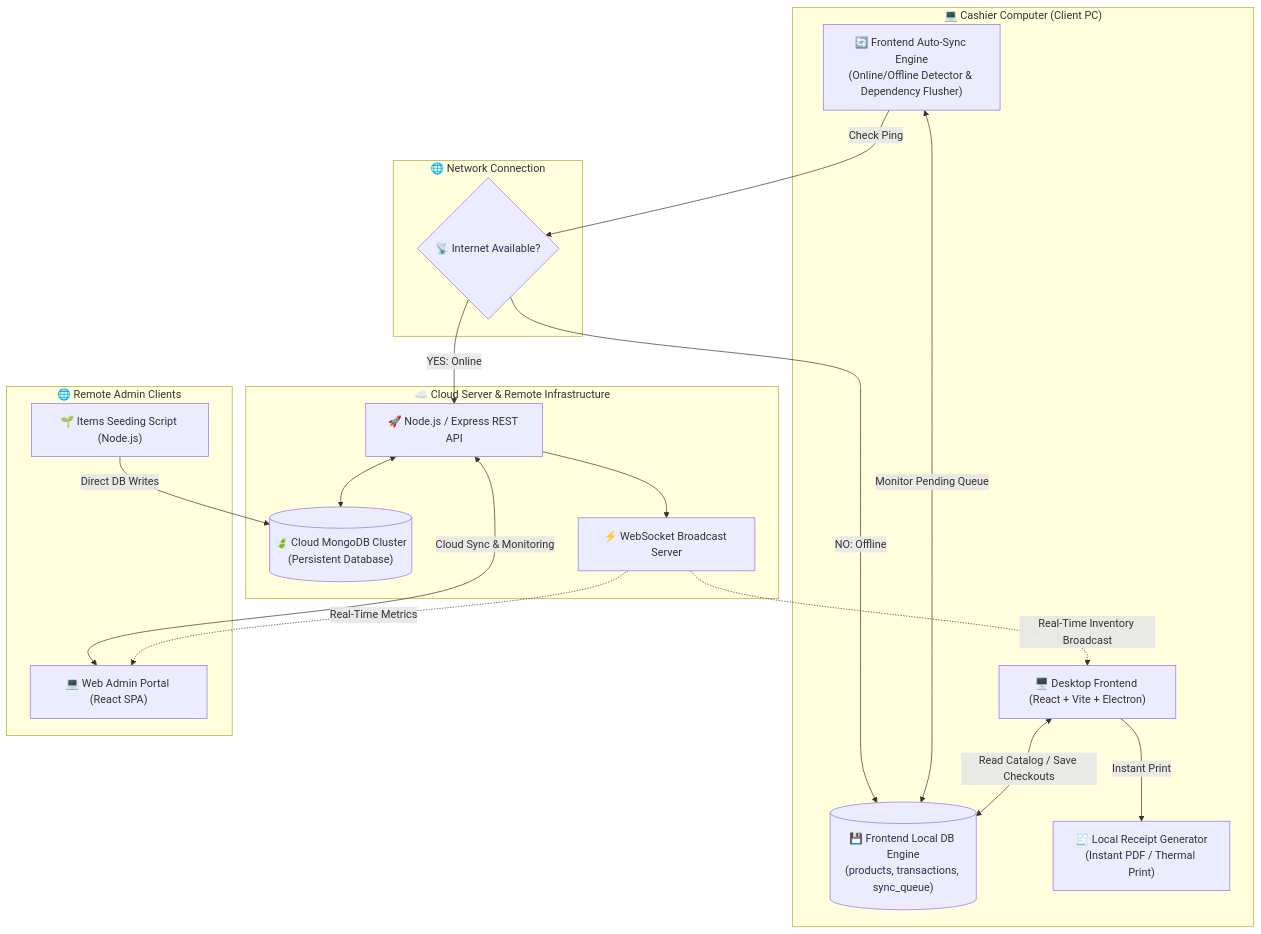
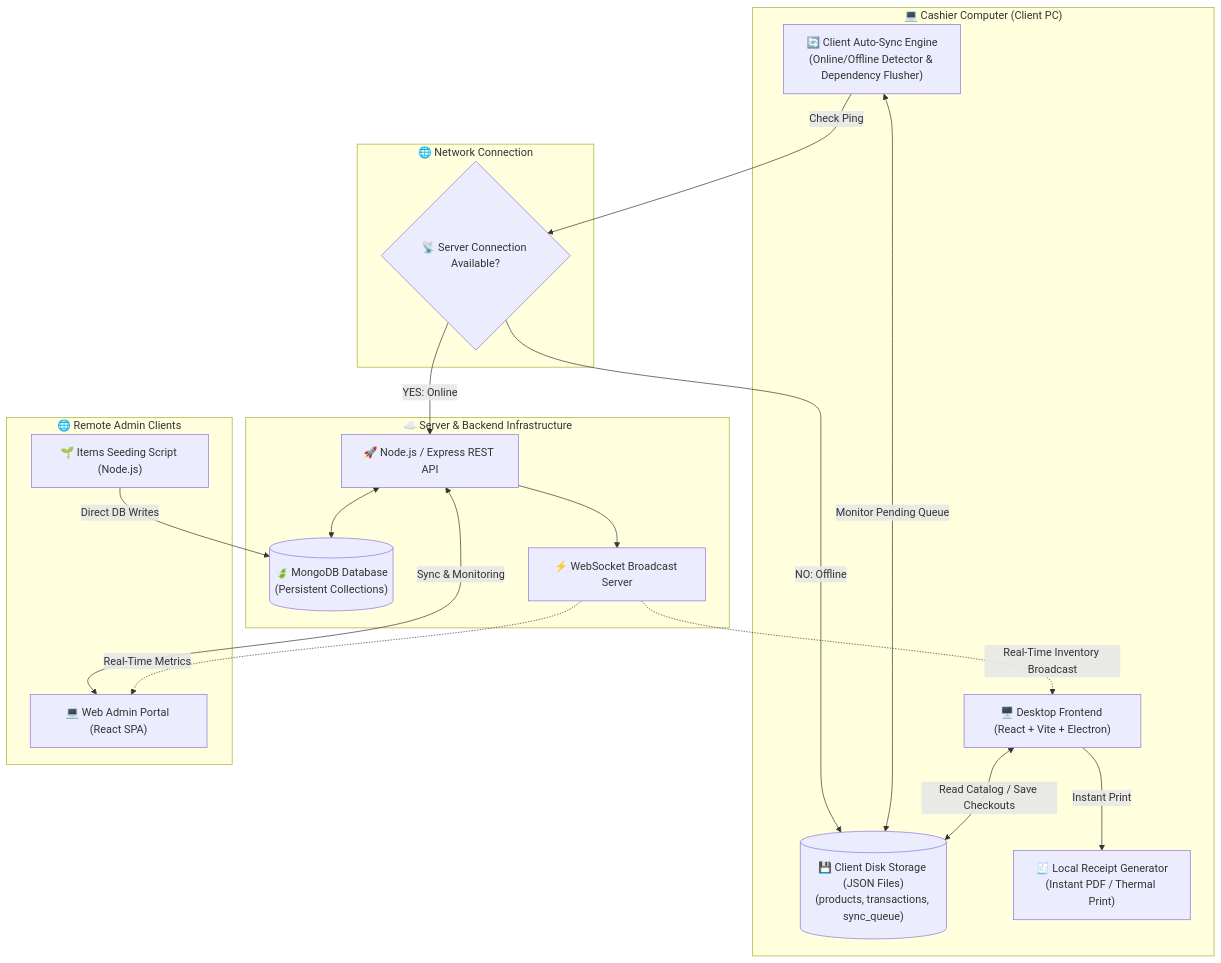
The first of 2 diagrams in docs/architecture.md (yashan223/xona-pos), drawn with Mermaid before and after one commit. The commit also changed other lines of this file and 5 other files, not shown here.

````diff
--- a/docs/architecture.md
+++ b/docs/architecture.md
@@ -9,40 +9,40 @@
 ```mermaid
 flowchart TD
     subgraph ClientPC ["💻 Cashier Computer (Client PC)"]
         UI["🖥️ Desktop Frontend (React + Vite + Electron)"]
-        LocalDB[("💾 Frontend Local DB Engine\n(products, transactions, sync_queue)")]
-        SyncEngine["🔄 Frontend Auto-Sync Engine\n(Online/Offline Detector & Dependency Flusher)"]
+        LocalDB[("💾 Client Disk Storage (JSON Files)\n(products, transactions, sync_queue)")]
+        SyncEngine["🔄 Client Auto-Sync Engine\n(Online/Offline Detector & Dependency Flusher)"]
         ReceiptGen["🧾 Local Receipt Generator\n(Instant PDF / Thermal Print)"]
 
         UI <-->|Read Catalog / Save Checkouts| LocalDB
         UI -->|Instant Print| ReceiptGen
         SyncEngine <-->|Monitor Pending Queue| LocalDB
     end
 
     subgraph NetworkBoundary ["🌐 Network Connection"]
-        InternetStatus{"📡 Internet Available?"}
+        InternetStatus{"📡 Server Connection Available?"}
     end
 
-    subgraph CloudInfra ["☁️ Cloud Server & Remote Infrastructure"]
-        CloudBackend["🚀 Node.js / Express REST API"]
-        MongoDB[("🍃 Cloud MongoDB Cluster\n(Persistent Database)")]
+    subgraph ServerInfra ["☁️ Server & Backend Infrastructure"]
+        Backend["🚀 Node.js / Express REST API"]
+        MongoDB[("🍃 MongoDB Database\n(Persistent Collections)")]
         WS["⚡ WebSocket Broadcast Server"]
 
-        CloudBackend <--> MongoDB
-        CloudBackend --> WS
+        Backend <--> MongoDB
+        Backend --> WS
     end
     
     subgraph RemoteClients ["🌐 Remote Admin Clients"]
         WebAdmin["💻 Web Admin Portal (React SPA)"]
         ItemSeeder["🌱 Items Seeding Script (Node.js)"]
         
-        WebAdmin <-->|Cloud Sync & Monitoring| CloudBackend
+        WebAdmin <-->|Sync & Monitoring| Backend
         ItemSeeder -->|Direct DB Writes| MongoDB
     end
 
     SyncEngine -->|"Check Ping"| InternetStatus
-    InternetStatus -->|"YES: Online"| CloudBackend
+    InternetStatus -->|"YES: Online"| Backend
     InternetStatus -->|"NO: Offline"| LocalDB
     WS -.->|Real-Time Inventory Broadcast| UI
     WS -.->|Real-Time Metrics| WebAdmin
 ```
````
